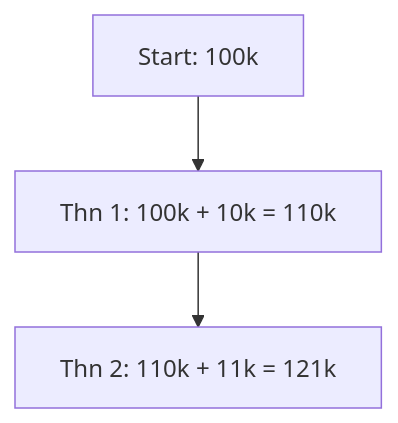
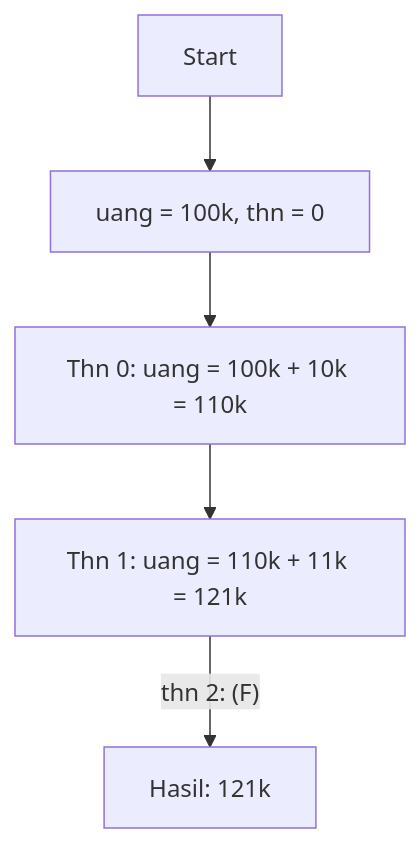
The seventh of 9 diagrams in part-c-pemahaman-cpp/03-perulangan/latihan/set-01.md (amnahwaida/OSNK_INF_PREP), drawn with Mermaid before and after one commit. The commit also changed other lines of this file and 30 other files, not shown here.

Commit message:
✨ Premium Overhaul: Modul 05 (Rekursi) & 06 (Bitwise) - 100 soal baru dengan Mermaid Call Stack & Bit-Grid diagrams

````diff
--- a/part-c-pemahaman-cpp/03-perulangan/latihan/set-01.md
+++ b/part-c-pemahaman-cpp/03-perulangan/latihan/set-01.md
@@ -252,5 +276,7 @@
 ```mermaid
 graph TD
-A["Start: 100k"] --> B["Thn 1: 100k + 10k = 110k"]
-B --> C["Thn 2: 110k + 11k = 121k"]
+Start --> T0["uang = 100k, thn = 0"]
+T0 --> T1["Thn 0: uang = 100k + 10k = 110k"]
+T1 --> T2["Thn 1: uang = 110k + 11k = 121k"]
+T2 -- "thn 2: (F)" --> End["Hasil: 121k"]
 ```
````
